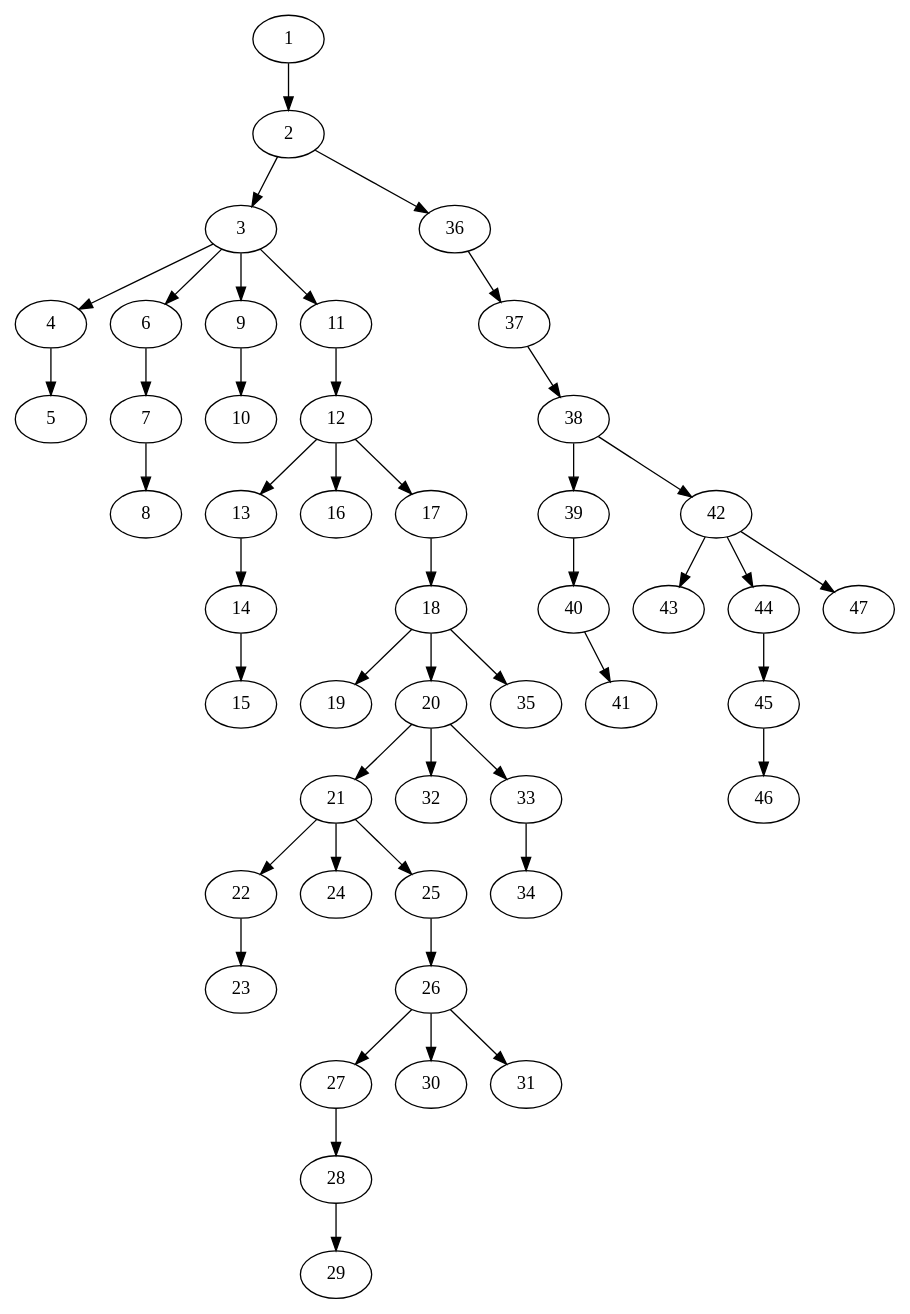
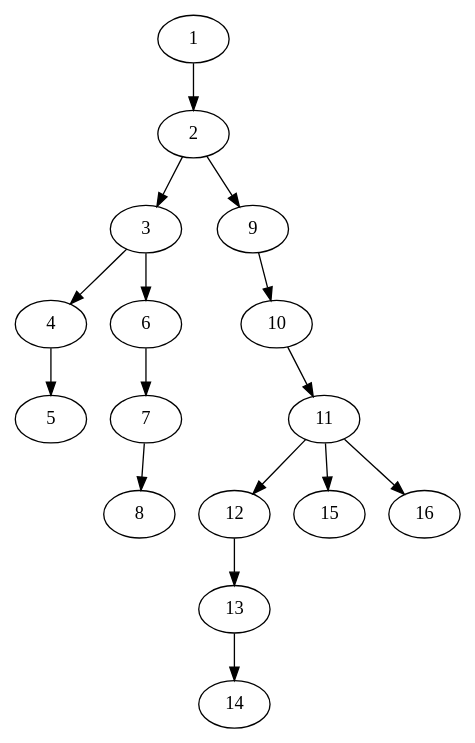
Before and after one commit to Ajax12345/caspian-lang: the diagram in caspian/src/ast_stuff.dot, drawn with Graphviz. The commit also changed 5 other files, not shown here.

```diff
--- a/caspian/src/ast_stuff.dot
+++ b/caspian/src/ast_stuff.dot
@@ -1,48 +1,17 @@
 strict digraph "" {
 	1 -> 2;
 	2 -> 3;
-	2 -> 36;
+	2 -> 9;
 	3 -> 4;
 	3 -> 6;
-	3 -> 9;
-	3 -> 11;
 	4 -> 5;
 	6 -> 7;
 	7 -> 8;
 	9 -> 10;
+	10 -> 11;
 	11 -> 12;
+	11 -> 15;
+	11 -> 16;
 	12 -> 13;
-	12 -> 16;
-	12 -> 17;
 	13 -> 14;
-	14 -> 15;
-	17 -> 18;
-	18 -> 19;
-	18 -> 20;
-	18 -> 35;
-	20 -> 21;
-	20 -> 32;
-	20 -> 33;
-	21 -> 22;
-	21 -> 24;
-	21 -> 25;
-	22 -> 23;
-	25 -> 26;
-	26 -> 27;
-	26 -> 30;
-	26 -> 31;
-	27 -> 28;
-	28 -> 29;
-	33 -> 34;
-	36 -> 37;
-	37 -> 38;
-	38 -> 39;
-	38 -> 42;
-	39 -> 40;
-	40 -> 41;
-	42 -> 43;
-	42 -> 44;
-	42 -> 47;
-	44 -> 45;
-	45 -> 46;
 }
```
